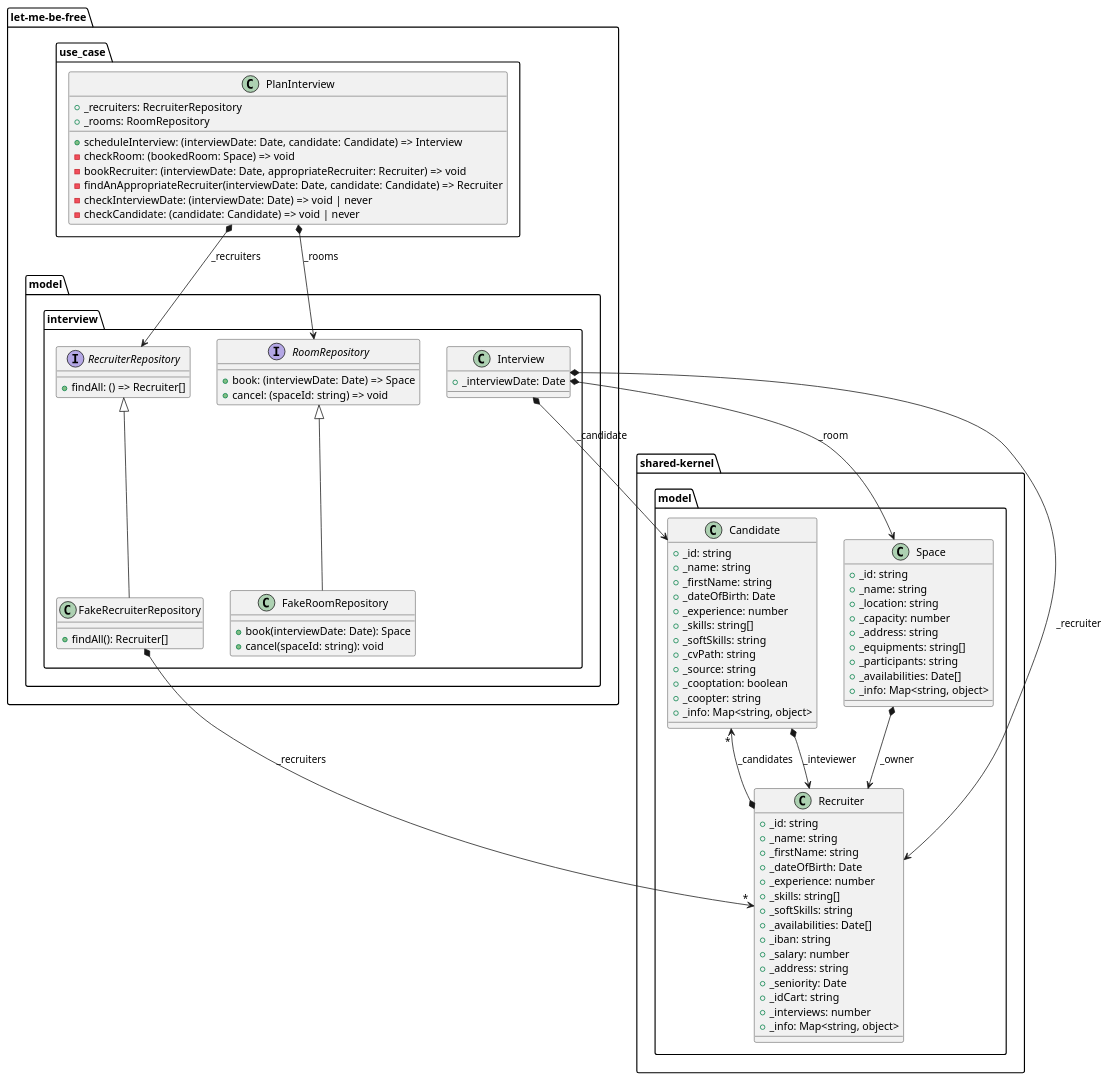
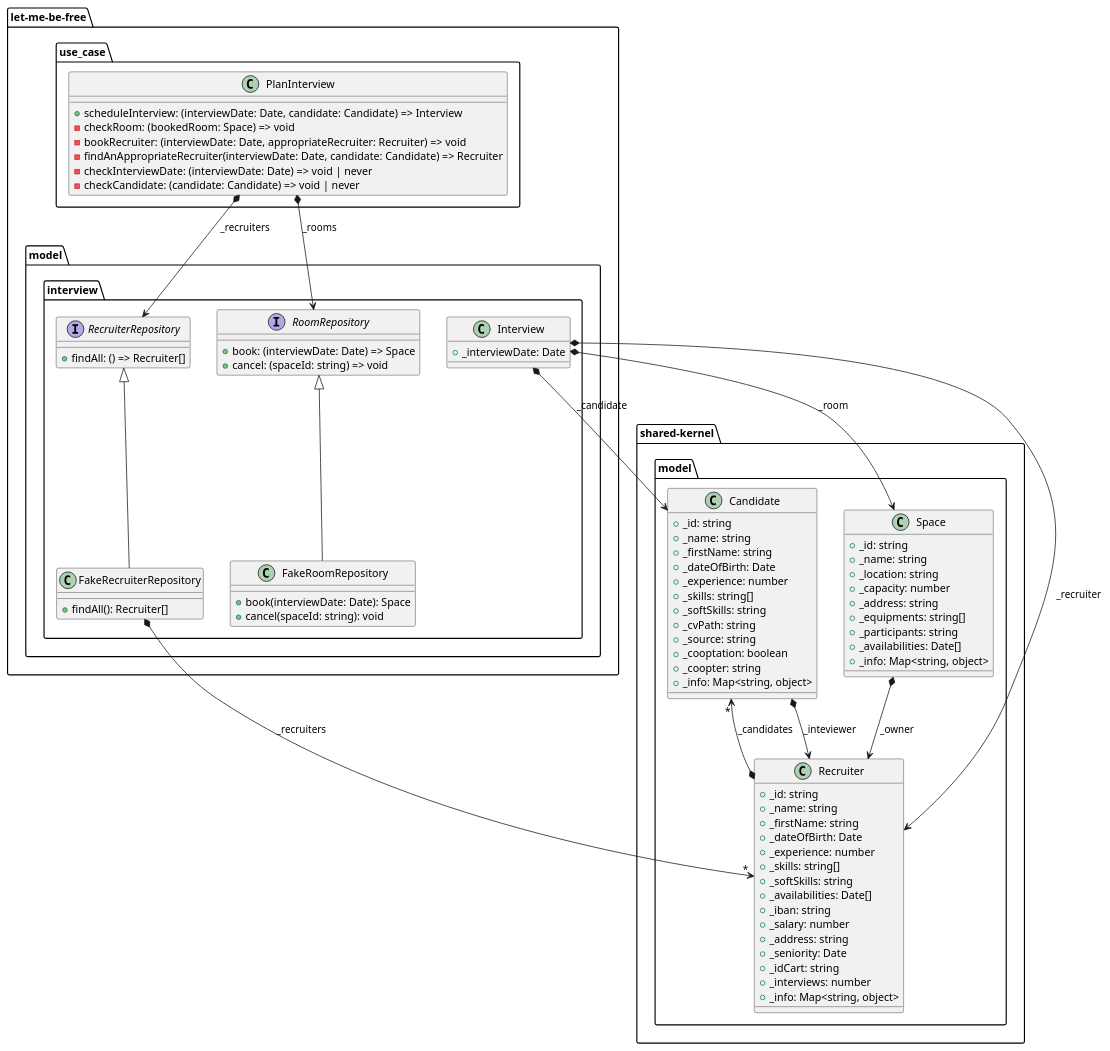
One commit to jwloka/dddeu22-let-me-be-free-typescript changed the diagram in src/domain-model.puml. Above: the diagram before and after it, drawn with PlantUML.

Commit message:
d Update UML Class diagram

```diff
--- a/src/domain-model.puml
+++ b/src/domain-model.puml
@@ -1,98 +1,96 @@
 @startuml name "Domain Model"
 
 package "shared-kernel.model" {
     class Candidate {
         +_id: string
         +_name: string
         +_firstName: string
         +_dateOfBirth: Date
         +_experience: number
         +_skills: string[]
         +_softSkills: string
         +_cvPath: string
         +_source: string
         +_cooptation: boolean
         +_coopter: string
         +_info: Map<string, object>
     }
 
     class Recruiter {
         +_id: string
         +_name: string
         +_firstName: string
         +_dateOfBirth: Date
         +_experience: number
         +_skills: string[]
         +_softSkills: string
         +_availabilities: Date[]
         +_iban: string
         +_salary: number
         +_address: string
         +_seniority: Date
         +_idCart: string
         +_interviews: number
         +_info: Map<string, object>
     }
 
     class Space {
         +_id: string
         +_name: string
         +_location: string
         +_capacity: number
         +_address: string
         +_equipments: string[]
         +_participants: string
         +_availabilities: Date[]
         +_info: Map<string, object>
     }
 
     Space *--> Recruiter : _owner
     Recruiter <--* Candidate : _inteviewer
     Candidate "*" <--* Recruiter : _candidates
 }
 
 package "let-me-be-free.model.interview" {
     interface RecruiterRepository {
         +findAll: () => Recruiter[]
     }
 
     interface RoomRepository {
         +book: (interviewDate: Date) => Space
         +cancel: (spaceId: string) => void
     }
 
     class Interview {
         +_interviewDate: Date
     }
 
     class FakeRoomRepository extends RoomRepository {
         +book(interviewDate: Date): Space
         +cancel(spaceId: string): void
     }
 
     class FakeRecruiterRepository extends RecruiterRepository {
         +findAll(): Recruiter[]
     }
 
     FakeRecruiterRepository *--> "*" Recruiter : _recruiters
     Interview *--> Recruiter : _recruiter
     Interview *--> Candidate : _candidate
     Interview *--> Space : _room
 }
 
 package "let-me-be-free.use_case" {
     class PlanInterview {
-        +_recruiters: RecruiterRepository
-        +_rooms: RoomRepository
         +scheduleInterview: (interviewDate: Date, candidate: Candidate) => Interview
         -checkRoom: (bookedRoom: Space) => void
         -bookRecruiter: (interviewDate: Date, appropriateRecruiter: Recruiter) => void
         -findAnAppropriateRecruiter(interviewDate: Date, candidate: Candidate) => Recruiter
         -checkInterviewDate: (interviewDate: Date) => void | never
         -checkCandidate: (candidate: Candidate) => void | never
     }
 
     PlanInterview *--> RecruiterRepository : _recruiters
     PlanInterview *--> RoomRepository : _rooms
 }
 @enduml
```
